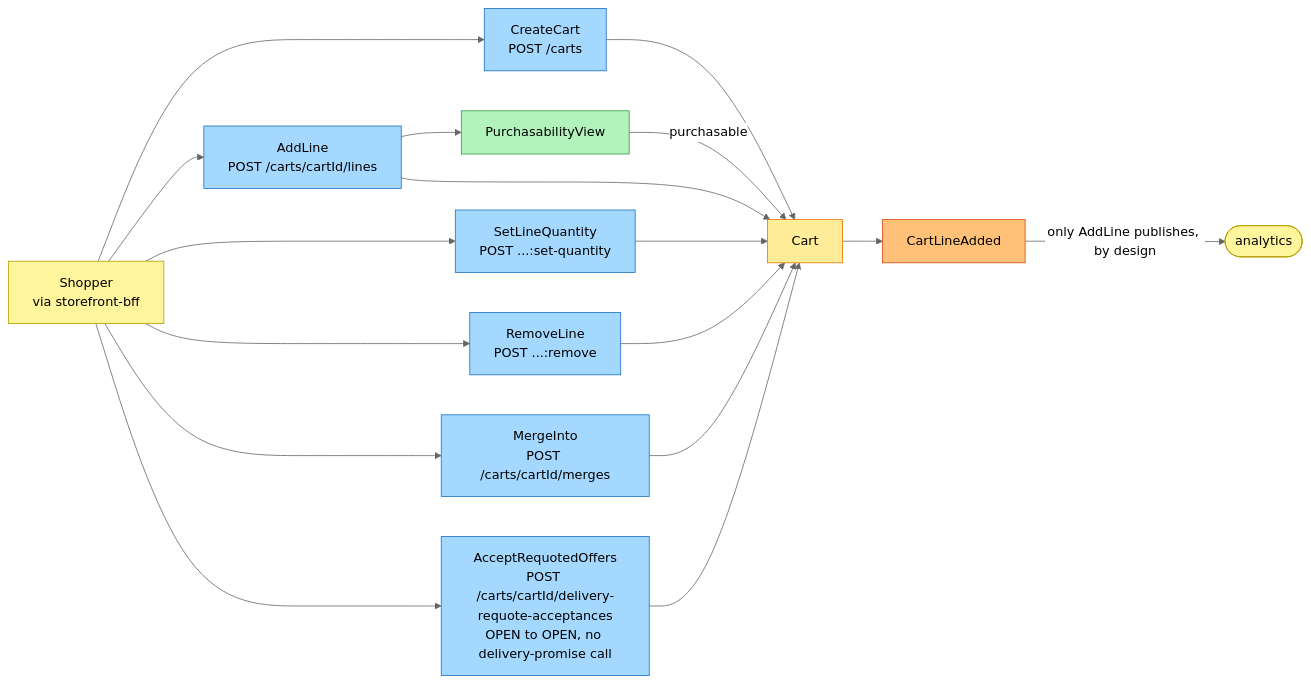
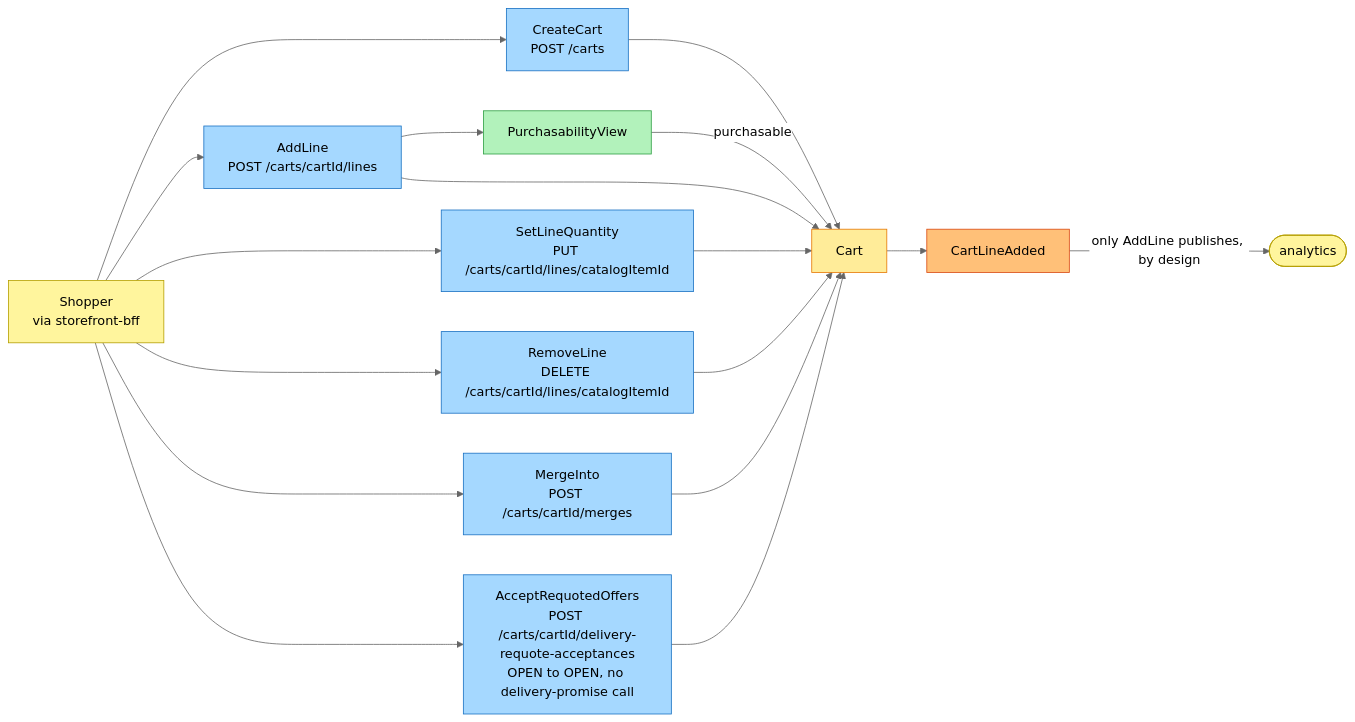
One commit to IQVO/warehouse-docs changed the first of 4 diagrams in storefront/docs/contexts/shopping-cart/eventstorming.md. Above: the diagram before and after it, drawn with Mermaid (neutral theme). The commit also changed other lines of this file and 4 other files, not shown here.

Commit message:
docs(storefront): shopping-cart pack and model follow the repo (MergeInto too-many-lines/99 clamp/target rule, SelectDelivery no 422, idempotency wire behaviour, current routes)

````diff
--- a/storefront/docs/contexts/shopping-cart/eventstorming.md
+++ b/storefront/docs/contexts/shopping-cart/eventstorming.md
@@ -37,38 +37,38 @@
 ```mermaid
 flowchart LR
     S["Shopper<br/>via storefront-bff"]:::actor
     C0["CreateCart<br/>POST /carts"]:::command
     C1["AddLine<br/>POST /carts/cartId/lines"]:::command
-    C2["SetLineQuantity<br/>POST ...:set-quantity"]:::command
-    C3["RemoveLine<br/>POST ...:remove"]:::command
+    C2["SetLineQuantity<br/>PUT /carts/cartId/lines/catalogItemId"]:::command
+    C3["RemoveLine<br/>DELETE /carts/cartId/lines/catalogItemId"]:::command
     C4["MergeInto<br/>POST /carts/cartId/merges"]:::command
     C4b["AcceptRequotedOffers<br/>POST /carts/cartId/delivery-requote-acceptances<br/>OPEN to OPEN, no delivery-promise call"]:::command
     RM0["PurchasabilityView"]:::readmodel
     G1["Cart"]:::aggregate
     E1["CartLineAdded"]:::event
     AN(["analytics"]):::actor
 
     S --> C0
     S --> C1
     S --> C2
     S --> C3
     S --> C4
     S --> C4b
     C1 --> RM0
     RM0 -->|purchasable| G1
     C0 --> G1
     C1 --> G1
     C2 --> G1
     C3 --> G1
     C4 --> G1
     C4b --> G1
     G1 --> E1
     E1 -->|only AddLine publishes, by design| AN
 
     classDef actor fill:#fff59d,stroke:#b59f00,color:#000
     classDef command fill:#a5d8ff,stroke:#1971c2,color:#000
     classDef aggregate fill:#ffec99,stroke:#e67700,color:#000
     classDef event fill:#ffc078,stroke:#d9480f,color:#000
     classDef readmodel fill:#b2f2bb,stroke:#2f9e44,color:#000
     classDef hotspot fill:#ff8787,stroke:#c92a2a,color:#000
 ```
````
